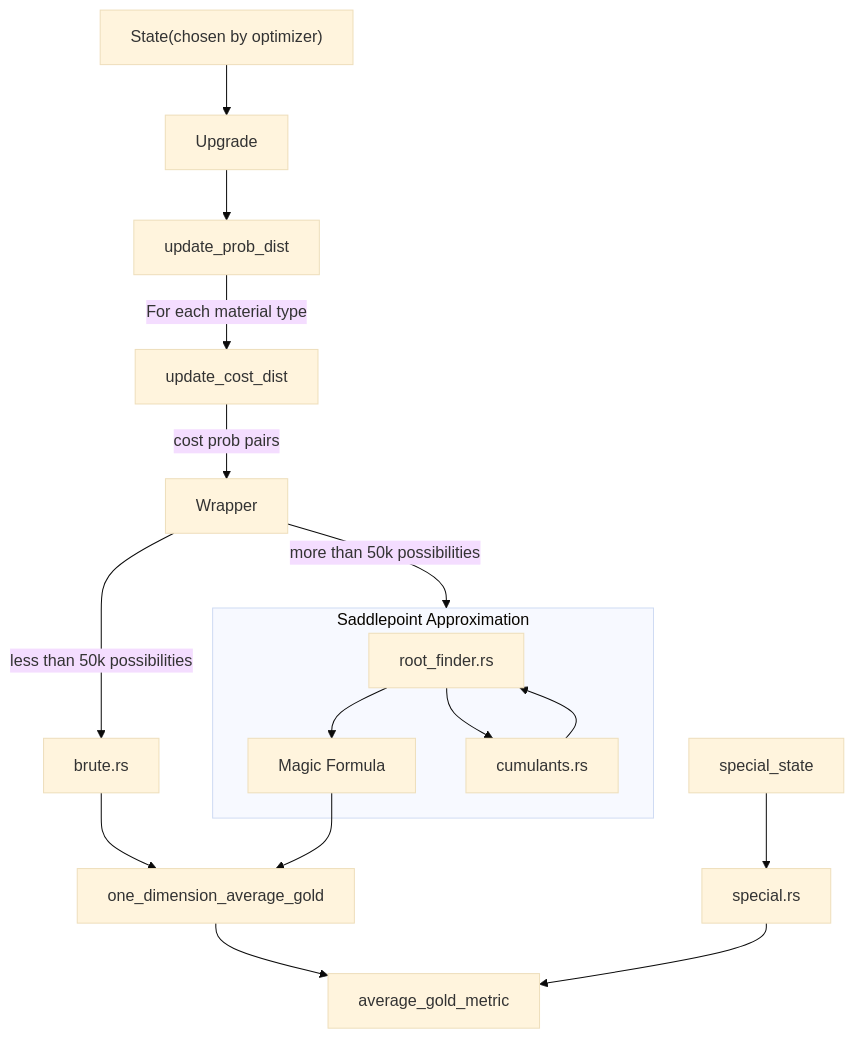
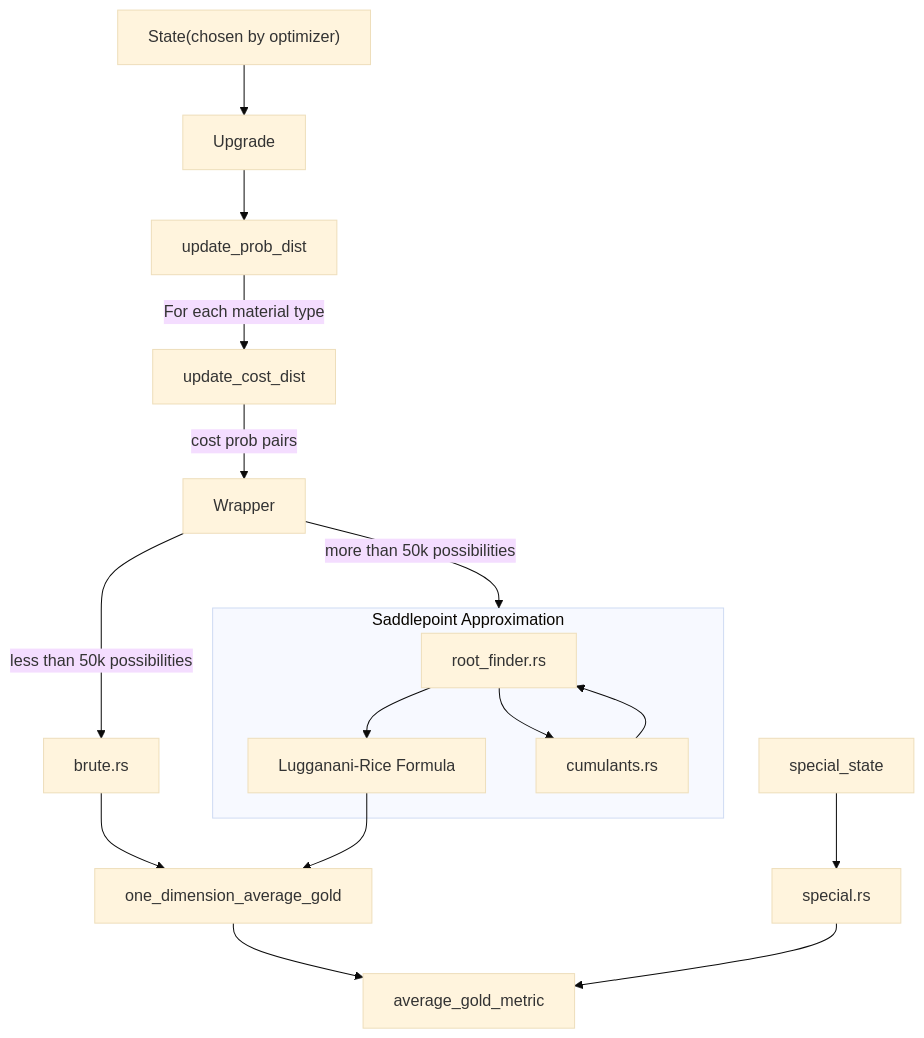
One commit to Kenivia/Honing-Forecast changed the diagram in docs/Average Evaluation.md. Above: the diagram before and after it, drawn with Mermaid (base theme). The commit also changed other lines of this file and 10 other files, not shown here.

````diff
--- a/docs/Average Evaluation.md
+++ b/docs/Average Evaluation.md
@@ -11,24 +11,24 @@
 ```mermaid
 flowchart TB
 
 
 State["State(chosen by optimizer)"] --> Upgrade  --> udist[update_prob_dist] -->|For each material type| Support[update_cost_dist] -->|cost prob pairs| Wrapper;
 
 Wrapper --> |less than 50k possibilities| Brute[brute.rs]--> one_dimension_average_gold ; 
 
 Wrapper --> |more than 50k possibilities| SA 
 
 subgraph SA[Saddlepoint Approximation]
-RF[root_finder.rs] --> Magic[Magic Formula] ; 
+RF[root_finder.rs] --> Magic["Lugganani-Rice Formula"] ; 
 
 RF --> cumulants.rs --> RF
 end
 
 Magic --> one_dimension_average_gold
  one_dimension_average_gold --> average_gold_metric;
 
 
 special_state --> special.rs --> average_gold_metric
 
 
 ```
````
